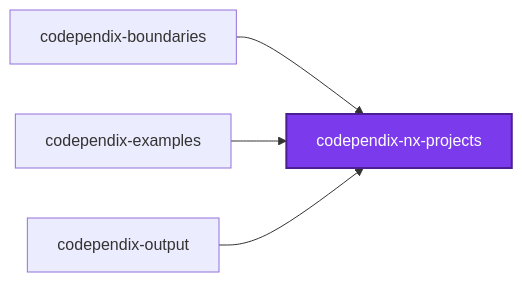
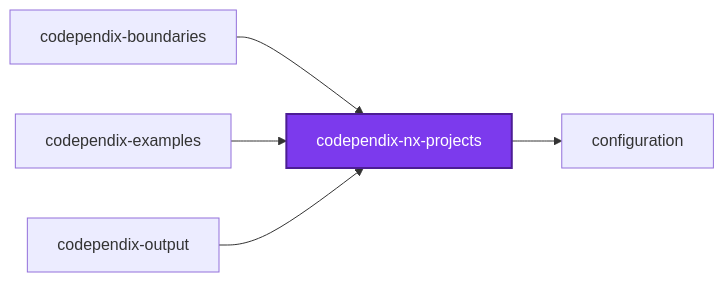
One commit to organizzolini/codebase changed the first of 3 diagrams in projects/ic-suite/codependix/codependix-nx-projects/README.md. Above: the diagram before and after it, drawn with Mermaid. The commit also changed 68 other files, not shown here.

````diff
--- a/projects/ic-suite/codependix/codependix-nx-projects/README.md
+++ b/projects/ic-suite/codependix/codependix-nx-projects/README.md
@@ -20,12 +20,14 @@
 ```mermaid
 graph LR
   codependix_boundaries["codependix-boundaries"]
   codependix_examples["codependix-examples"]
   codependix_nx_projects["codependix-nx-projects"]
   codependix_output["codependix-output"]
+  configuration["configuration"]
   codependix_boundaries --> codependix_nx_projects
   codependix_examples --> codependix_nx_projects
+  codependix_nx_projects --> configuration
   codependix_output --> codependix_nx_projects
   classDef subject fill:#7c3aed,color:#fff,stroke:#4c1d95,stroke-width:2px
   class codependix_nx_projects subject
 ```
````
